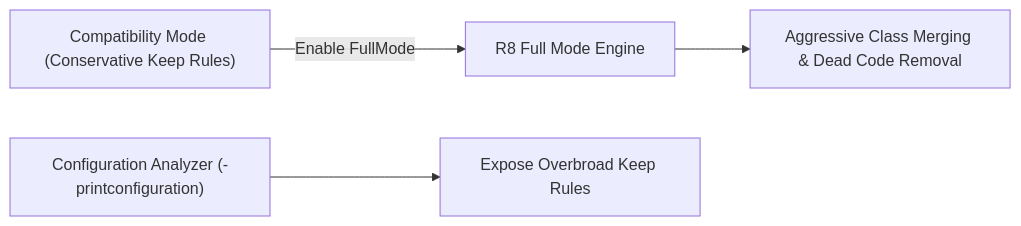
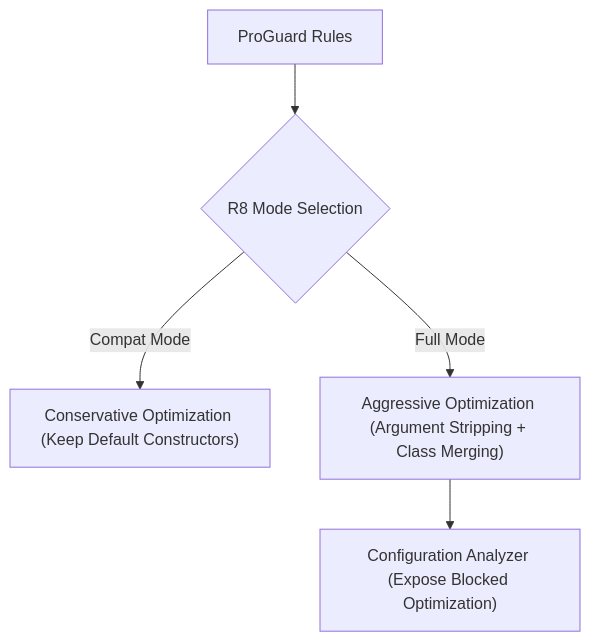
The diagram in 01_inbox/mobile/android/03_packaging_deployment/optimization/build-optimization-contracts/r8-full-mode-and-configuration-analyzer-expose-blocked-optimization.md (youngmin-gwon/what-i-studied), drawn with Mermaid before and after one commit. The commit also changed other lines of this file and 134 other files, not shown here.

````diff
--- a/01_inbox/mobile/android/03_packaging_deployment/optimization/build-optimization-contracts/r8-full-mode-and-configuration-analyzer-expose-blocked-optimization.md
+++ b/01_inbox/mobile/android/03_packaging_deployment/optimization/build-optimization-contracts/r8-full-mode-and-configuration-analyzer-expose-blocked-optimization.md
@@ -18,6 +27,7 @@
 ```mermaid
-flowchart LR
-    CompMode["Compatibility Mode (Conservative Keep Rules)"] -->|Enable FullMode| FullMode["R8 Full Mode Engine"]
-    FullMode --> AggressiveOpt["Aggressive Class Merging & Dead Code Removal"]
-    Analyzer["Configuration Analyzer (-printconfiguration)"] --> Expose["Expose Overbroad Keep Rules"]
+flowchart TD
+    Rules["ProGuard Rules"] --> ModeCheck{"R8 Mode Selection"}
+    ModeCheck -->|Compat Mode| LowOpt["Conservative Optimization (Keep Default Constructors)"]
+    ModeCheck -->|Full Mode| HighOpt["Aggressive Optimization (Argument Stripping + Class Merging)"]
+    HighOpt --> Analyzer["Configuration Analyzer (Expose Blocked Optimization)"]
 ```
````
